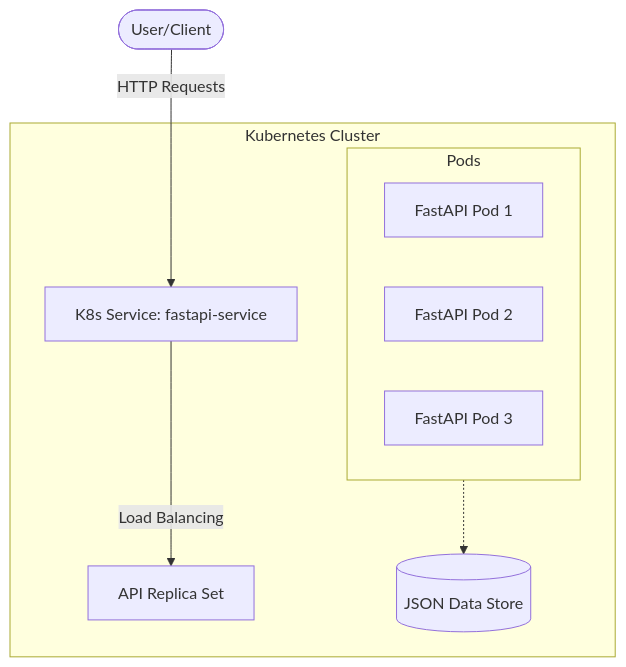
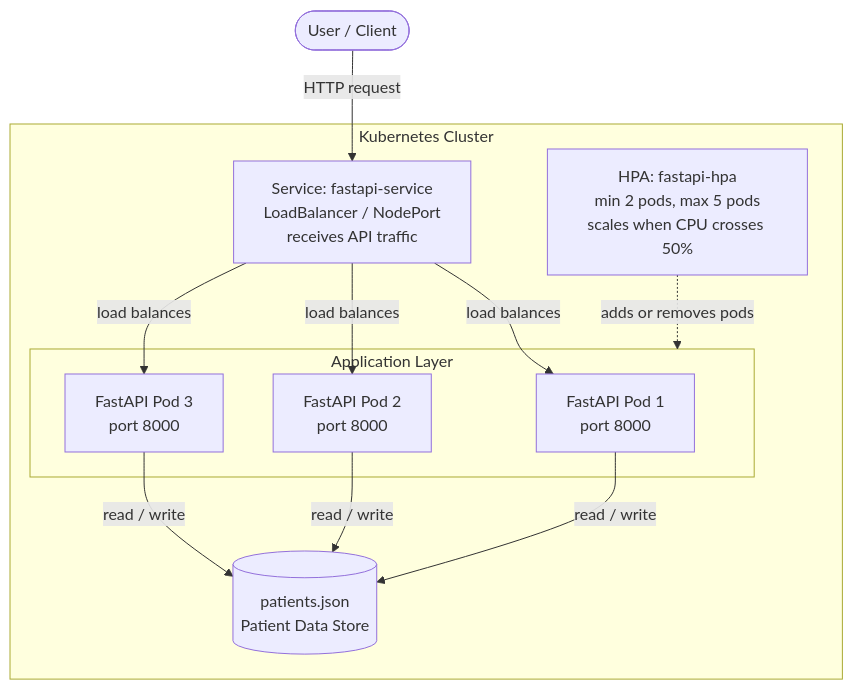
The first of 3 diagrams in README.md (Kartikiscalm/patient-management-api), drawn with Mermaid before and after one commit. The commit also changed other lines of this file and 9 other files, not shown here.

````diff
--- a/README.md
+++ b/README.md
@@ -21,16 +19,28 @@
 ```mermaid
-graph TD
-    User([User/Client]) -->|HTTP Requests| Service[K8s Service: fastapi-service]
-    
-    subgraph K8s_Cluster [Kubernetes Cluster]
-        Service -->|Load Balancing| Pods[API Replica Set]
-        
-        subgraph Replica_Set [Pods]
-            Pod1[FastAPI Pod 1]
-            Pod2[FastAPI Pod 2]
-            Pod3[FastAPI Pod 3]
+flowchart TD
+    Client([User / Client])
+
+    subgraph Cluster[Kubernetes Cluster]
+        Service[Service: fastapi-service<br/>LoadBalancer / NodePort<br/>receives API traffic]
+
+        subgraph AppLayer[Application Layer]
+            Pod1[FastAPI Pod 1<br/>port 8000]
+            Pod2[FastAPI Pod 2<br/>port 8000]
+            Pod3[FastAPI Pod 3<br/>port 8000]
         end
-        
-        Replica_Set -.-> Persistence[(JSON Data Store)]
+
+        Data[(patients.json<br/>Patient Data Store)]
+        HPA[HPA: fastapi-hpa<br/>min 2 pods, max 5 pods<br/>scales when CPU crosses 50%]
     end
+
+    Client -->|HTTP request| Service
+    Service -->|load balances| Pod1
+    Service -->|load balances| Pod2
+    Service -->|load balances| Pod3
+
+    Pod1 -->|read / write| Data
+    Pod2 -->|read / write| Data
+    Pod3 -->|read / write| Data
+
+    HPA -.->|adds or removes pods| AppLayer
 ```
````
